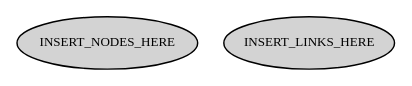
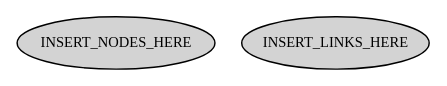
Before and after one commit to grae22/Roadmap: the diagram in Diagrams/DiagramTemplate.gv, drawn with Graphviz. The commit also changed 1 other file, not shown here.

Commit message:
Diagram cosmetic tweaks.

```diff
--- a/Diagrams/DiagramTemplate.gv
+++ b/Diagrams/DiagramTemplate.gv
@@ -1,9 +1,10 @@
 digraph DependencyDiagramTemplate
 {
   ranksep=0.5;
+  ratio=auto;
 
-  node [style="filled" fontname="verdana" fontsize="9.0"];
+  node [style="filled" fontname="verdana" fontsize="10.0"];
 
 <INSERT_NODES_HERE>
 <INSERT_LINKS_HERE>
 }
```
